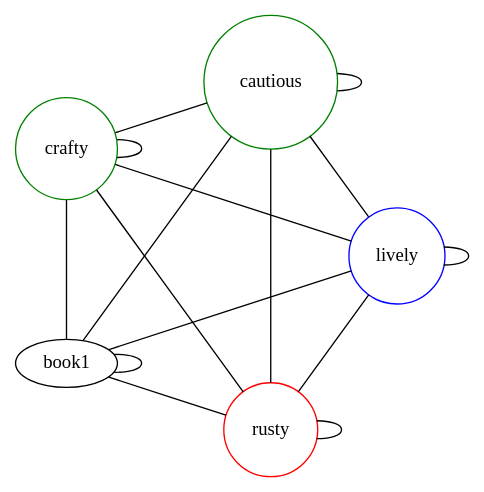
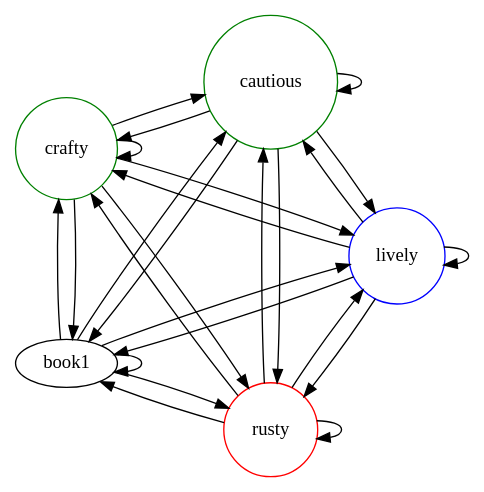
One commit to mskmoorthy/PancaTantra-Graph changed the diagram in src/logos/panchalogo.gv. Above: the diagram before and after it, drawn with Graphviz.

Commit message:
digraph with circo

```diff
--- a/src/logos/panchalogo.gv
+++ b/src/logos/panchalogo.gv
@@ -1,10 +1,10 @@
 // see https://stackoverflow.com/questions/46317240/how-to-layout-complete-graphs-circularly-using-dot-and-graphviz
 
-strict graph P  {
+strict digraph P  {
         layout=circo
         rusty [shape=circle, color=red]
         lively [color=blue, shape=circle]
         crafty [shape=circle, color=green]
         cautious [color=green, shape=circle]
-        {book1, rusty, lively, cautious, crafty}--{book1, rusty, lively, cautious, crafty}
+        {book1, rusty, lively, cautious, crafty}->{book1, rusty, lively, cautious, crafty}
 }
```
